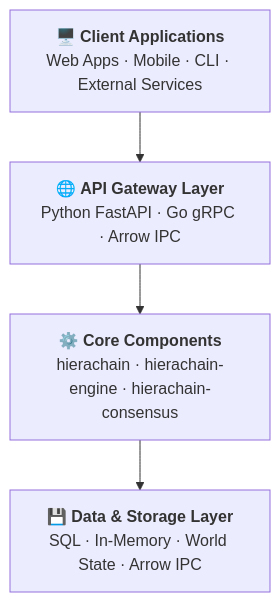
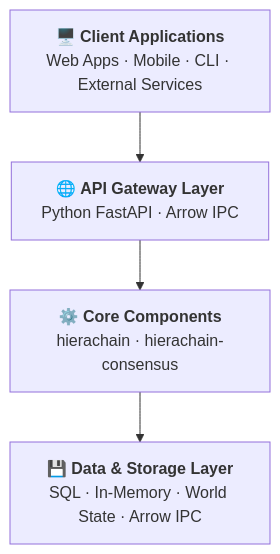
One commit to VanDung-dev/HieraChain changed the first of 14 diagrams in ARCHITECTURE.md. Above: the diagram before and after it, drawn with Mermaid. The commit also changed other lines of this file and 2 other files, not shown here.

First line of the commit message:
docs: remove references to Go Engine and update version badge

````diff
--- a/ARCHITECTURE.md
+++ b/ARCHITECTURE.md
@@ -37,12 +35,12 @@
 ```mermaid
 flowchart TB
     CLIENT["🖥️ <b>Client Applications</b><br/>Web Apps · Mobile · CLI · External Services"]
     
-    API["🌐 <b>API Gateway Layer</b><br/>Python FastAPI · Go gRPC · Arrow IPC"]
+    API["🌐 <b>API Gateway Layer</b><br/>Python FastAPI · Arrow IPC"]
     
-    CORE["⚙️ <b>Core Components</b><br/>hierachain · hierachain-engine · hierachain-consensus"]
+    CORE["⚙️ <b>Core Components</b><br/>hierachain · hierachain-consensus"]
     
     STORAGE["💾 <b>Data & Storage Layer</b><br/>SQL · In-Memory · World State · Arrow IPC"]
 
     CLIENT --> API --> CORE --> STORAGE
 ```
````
